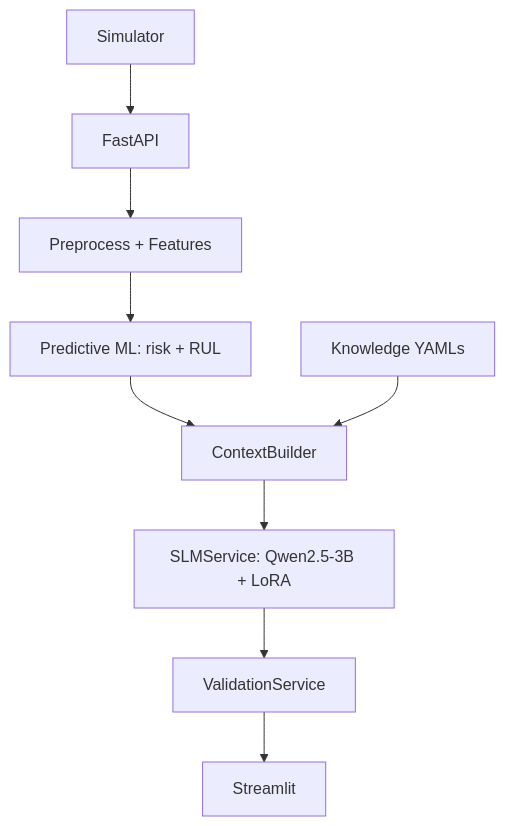
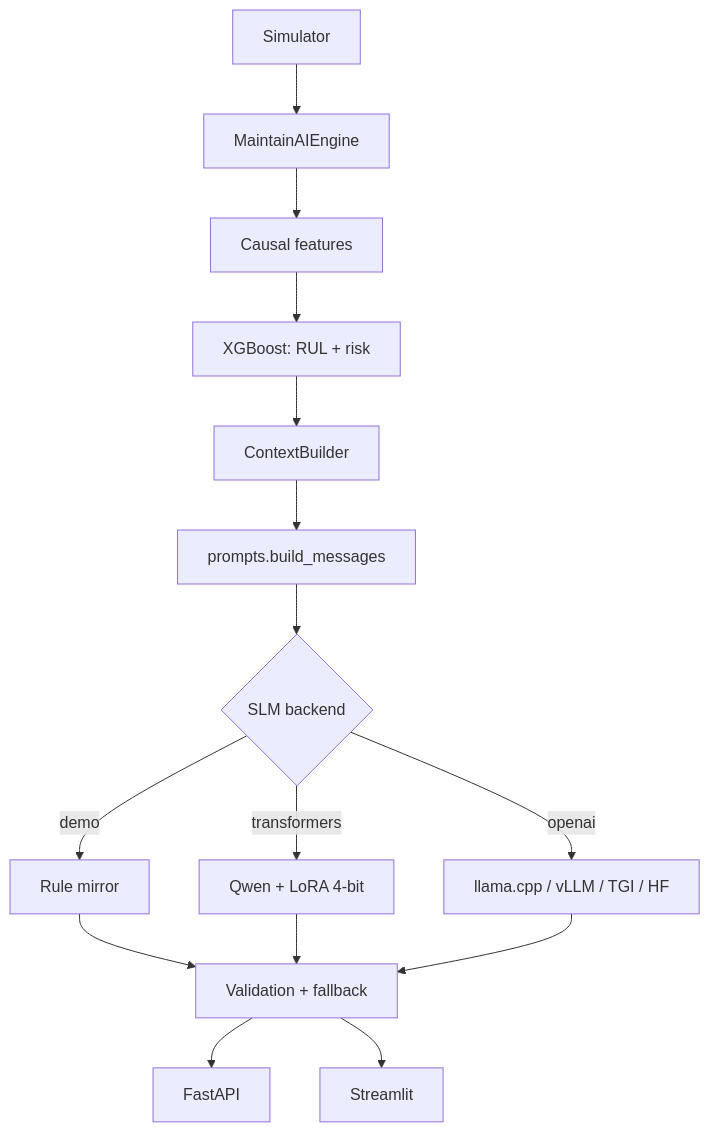
The diagram in docs/ARCHITECTURE.md (VijayKumar-VK63/MaintainAI), drawn with Mermaid before and after one commit. The commit also changed other lines of this file and 51 other files, not shown here.

````diff
--- a/docs/ARCHITECTURE.md
+++ b/docs/ARCHITECTURE.md
@@ -3,11 +3,17 @@
 ```mermaid
 flowchart TD
-    SIM[Simulator] --> API[FastAPI]
-    API --> PRE[Preprocess + Features]
-    PRE --> ML[Predictive ML: risk + RUL]
+    SIM[Simulator] --> ENG[MaintainAIEngine]
+    ENG --> PRE[Causal features]
+    PRE --> ML[XGBoost: RUL + risk]
     ML --> CTX[ContextBuilder]
-    KNOW[Knowledge YAMLs] --> CTX
-    CTX --> SLM[SLMService: Qwen2.5-3B + LoRA]
-    SLM --> VAL[ValidationService]
+    CTX --> MSG[prompts.build_messages]
+    MSG --> BACKEND{SLM backend}
+    BACKEND -->|demo| DEMO[Rule mirror]
+    BACKEND -->|transformers| HF[Qwen + LoRA 4-bit]
+    BACKEND -->|openai| HTTP[llama.cpp / vLLM / TGI / HF]
+    DEMO --> VAL[Validation + fallback]
+    HF --> VAL
+    HTTP --> VAL
+    VAL --> API[FastAPI]
     VAL --> UI[Streamlit]
 ```
````
